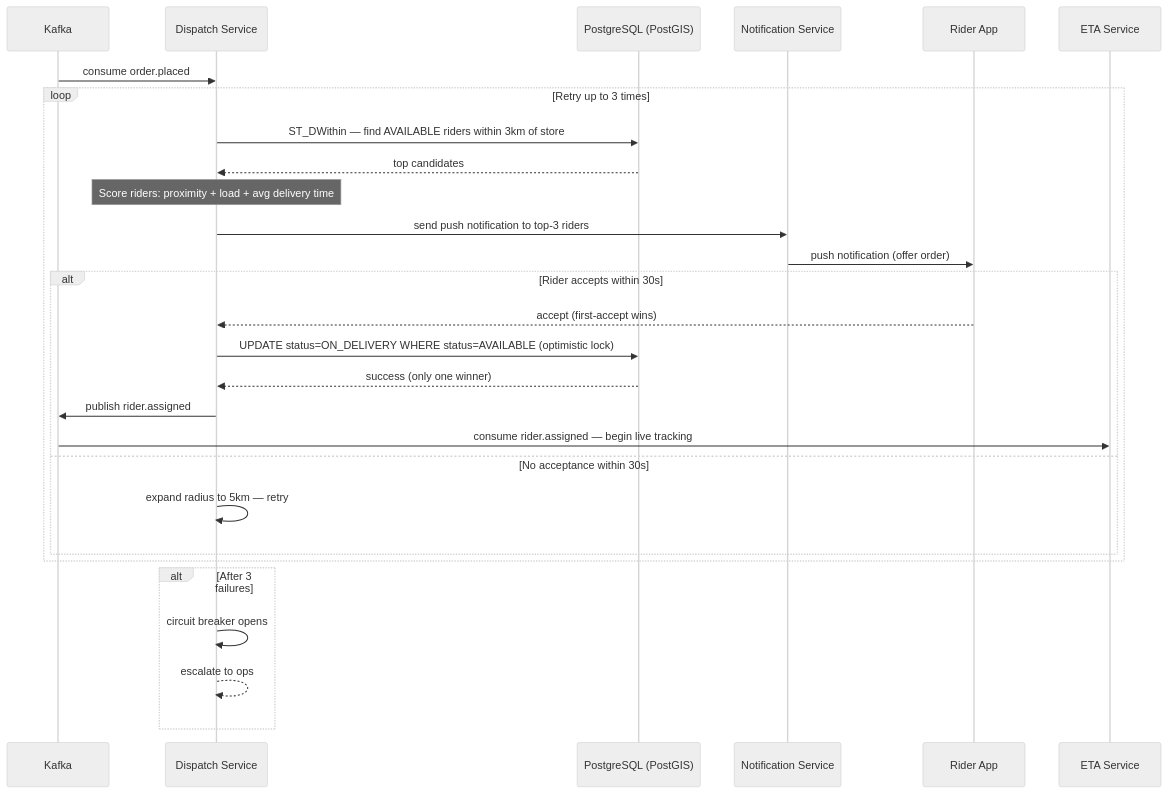
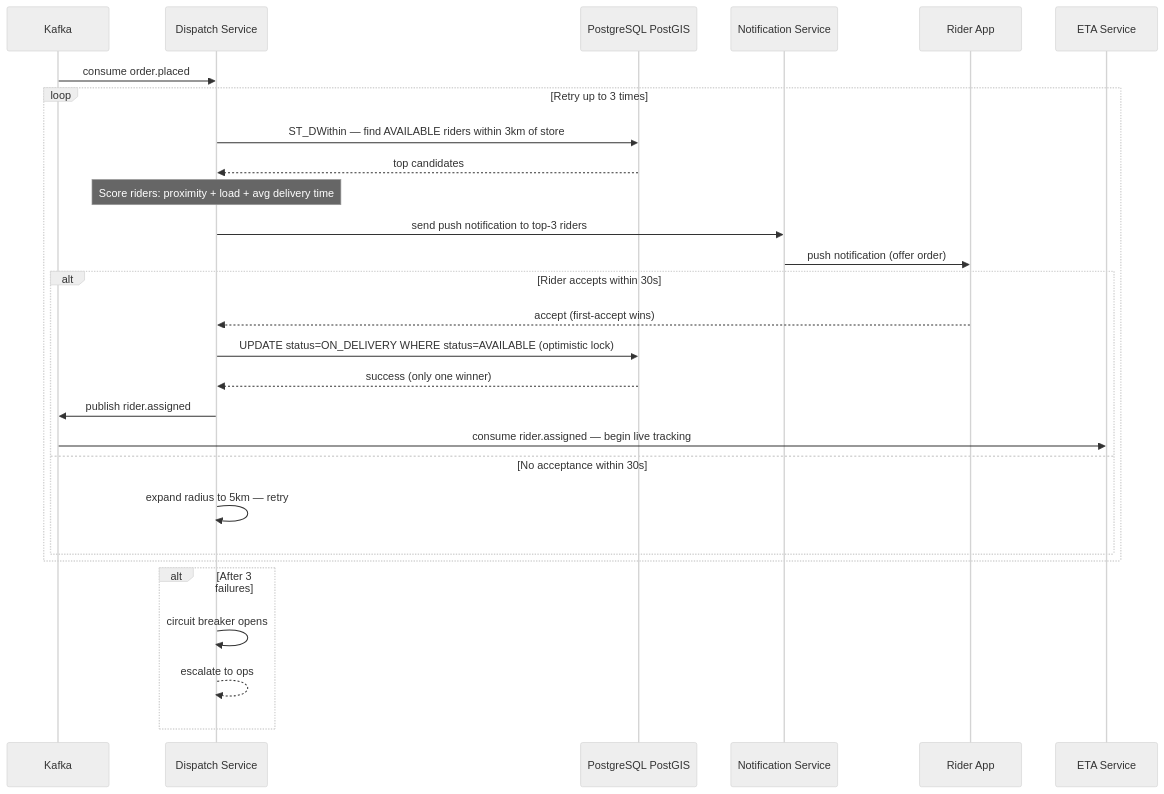
One commit to bindian0509/system-design changed the fifth of 7 diagrams in instant-grocery-app/docs/plans/2026-02-22-instant-grocery-system-design.md. Above: the diagram before and after it, drawn with Mermaid (neutral theme). The commit also changed other lines of this file, not shown here.

First line of the commit message:
Fix Mermaid diagram syntax errors in system design doc

````diff
--- a/instant-grocery-app/docs/plans/2026-02-22-instant-grocery-system-design.md
+++ b/instant-grocery-app/docs/plans/2026-02-22-instant-grocery-system-design.md
@@ -317,36 +315,36 @@
 ```mermaid
 sequenceDiagram
     participant K as Kafka
     participant DS as Dispatch Service
-    participant PG as PostgreSQL (PostGIS)
+    participant PG as PostgreSQL PostGIS
     participant NS as Notification Service
     participant RA as Rider App
     participant ES as ETA Service
 
     K->>DS: consume order.placed
 
     loop Retry up to 3 times
         DS->>PG: ST_DWithin — find AVAILABLE riders within 3km of store
         PG-->>DS: top candidates
 
         Note over DS: Score riders: proximity + load + avg delivery time
 
         DS->>NS: send push notification to top-3 riders
         NS->>RA: push notification (offer order)
 
         alt Rider accepts within 30s
             RA-->>DS: accept (first-accept wins)
             DS->>PG: UPDATE status=ON_DELIVERY WHERE status=AVAILABLE (optimistic lock)
             PG-->>DS: success (only one winner)
             DS->>K: publish rider.assigned
             K->>ES: consume rider.assigned — begin live tracking
         else No acceptance within 30s
             DS->>DS: expand radius to 5km — retry
         end
     end
 
     alt After 3 failures
         DS->>DS: circuit breaker opens
         DS-->>DS: escalate to ops
     end
 ```
````
